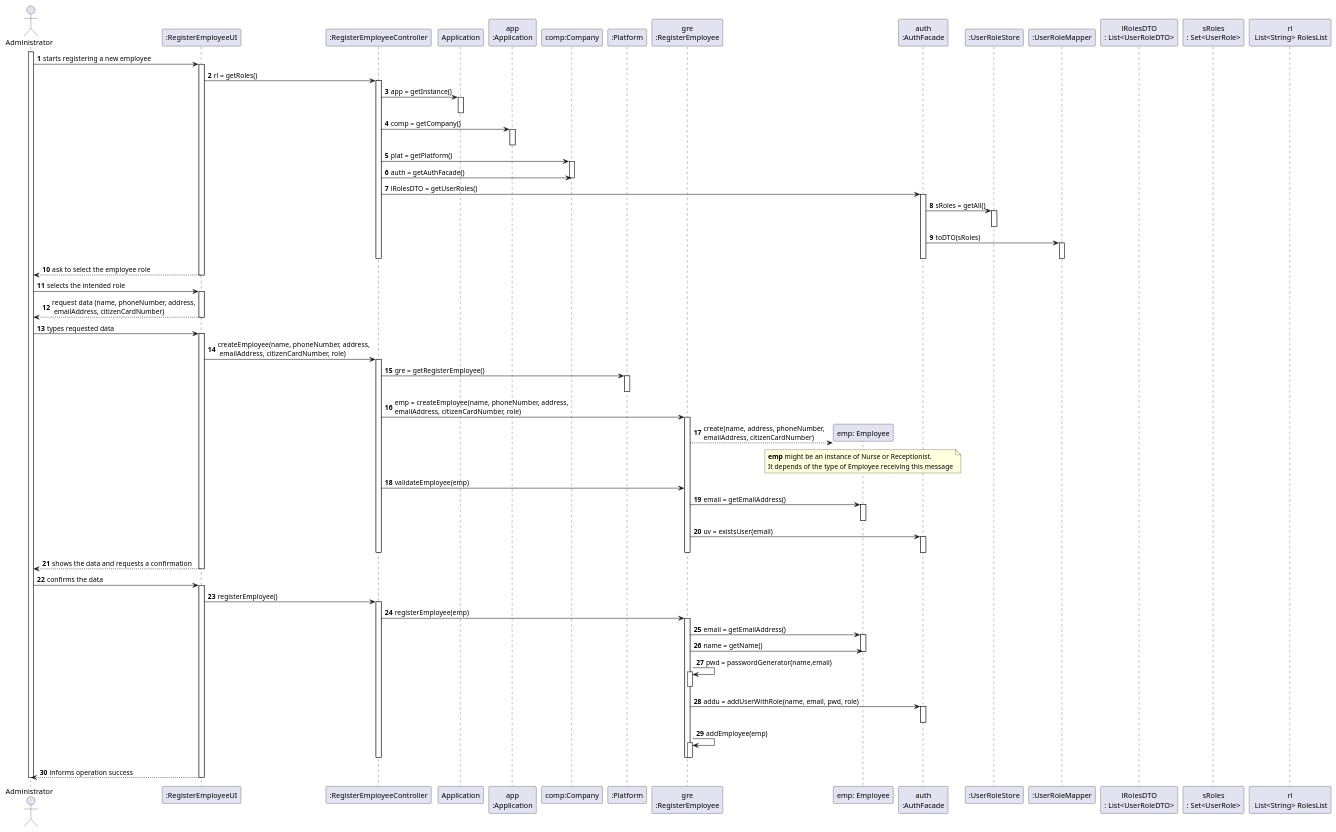
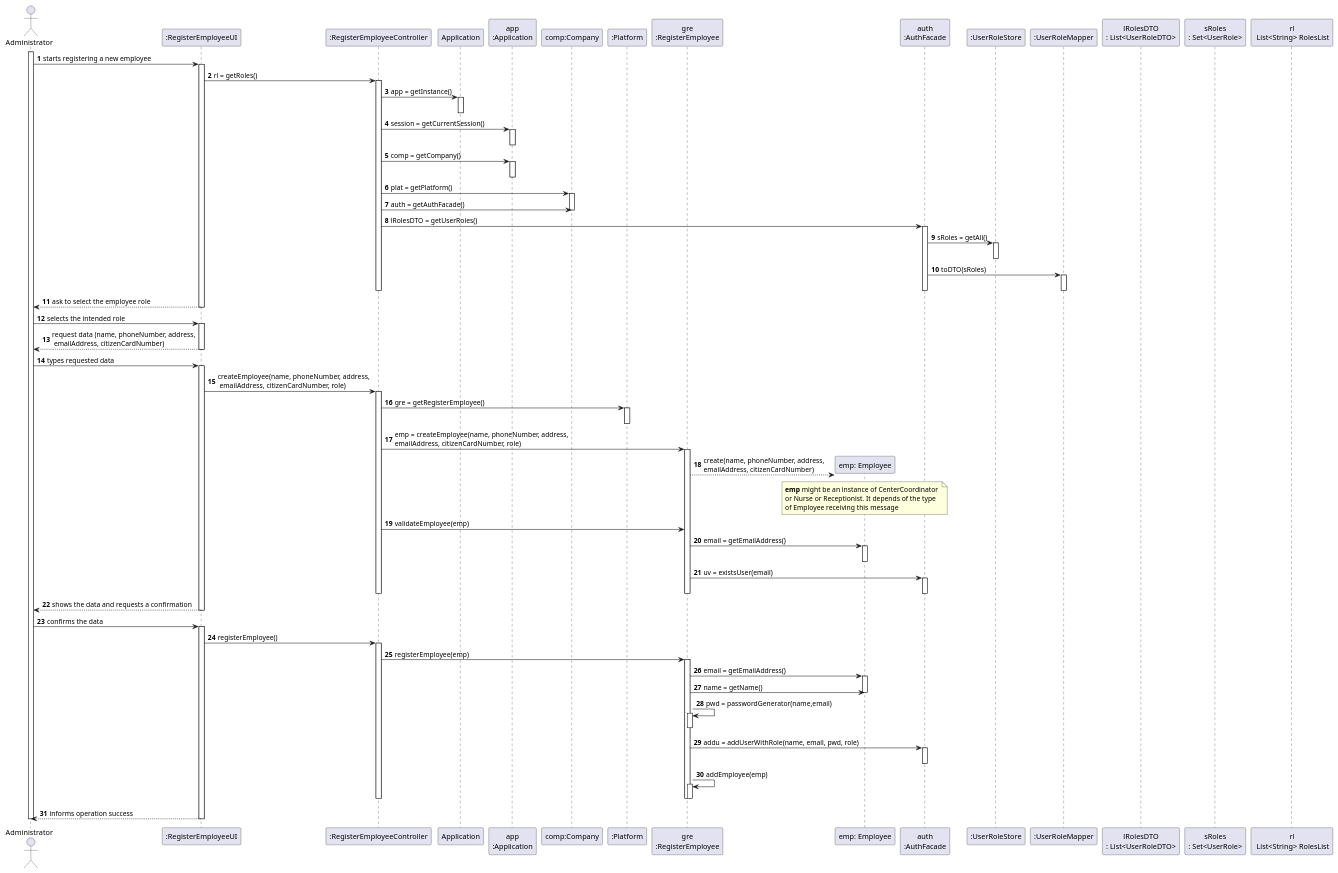
One commit to diogonapoles/isep-lapr2 changed the diagram in docs/SprintB/UserStories/US10/US010_SD.puml. Above: the diagram before and after it, drawn with PlantUML. The commit also changed 4 other files, not shown here.

```diff
--- a/docs/SprintB/UserStories/US10/US010_SD.puml
+++ b/docs/SprintB/UserStories/US10/US010_SD.puml
@@ -1,143 +1,148 @@
 @startuml
 autonumber
 actor "Administrator" as ADM
 
 
 participant ":RegisterEmployeeUI" as UI
 participant ":RegisterEmployeeController" as CTRL
 participant "Application" as APP
 participant "app\n:Application" as App
 participant "comp:Company" as COMP
 participant ":Platform" as PLAT
 participant "gre\n:RegisterEmployee" as RE
 participant "emp: Employee" as EMP
 participant "auth\n:AuthFacade" as AF
 participant ":UserRoleStore" as URS
 participant ":UserRoleMapper" as URM
 participant "lRolesDTO\n: List<UserRoleDTO>" as lRDTO
 participant "sRoles\n: Set<UserRole>" as SR
 participant "rl\n List<String> RolesList" as rl
 
 
 activate ADM
 
 ADM -> UI : starts registering a new employee
 activate UI
 
 UI -> CTRL : rl = getRoles()
 activate CTRL
 
 CTRL -> APP : app = getInstance()
 activate APP
 deactivate APP
 
+CTRL -> App: session = getCurrentSession()
+activate App
+deactivate App
+
 CTRL -> App : comp = getCompany()
 activate App
 deactivate App
+
 
 CTRL -> COMP : plat = getPlatform()
 activate COMP
 
 CTRL -> COMP: auth = getAuthFacade()
 deactivate COMP
 
 CTRL -> AF : lRolesDTO = getUserRoles()
 activate AF
 
 AF -> URS : sRoles = getAll()
 activate URS
 deactivate URS
 
 AF -> URM :  toDTO(sRoles)
 activate URM
 
 deactivate URM
 deactivate AF
 deactivate CTRL
 
 UI --> ADM : ask to select the employee role
 deactivate UI
 
 
 
 ADM -> UI : selects the intended role
 activate UI
 
 UI --> ADM : request data (name, phoneNumber, address,\n emailAddress, citizenCardNumber)
 deactivate UI
 
 
 
 
 ADM -> UI : types requested data
 activate UI
 
 UI -> CTRL :createEmployee(name, phoneNumber, address,\n emailAddress, citizenCardNumber, role)
 activate CTRL
 
 CTRL -> PLAT : gre = getRegisterEmployee()
 activate PLAT
 deactivate PLAT
 
 CTRL -> RE : emp = createEmployee(name, phoneNumber, address,\nemailAddress, citizenCardNumber, role)
 activate RE
 
-RE --> EMP** : create(name, address, phoneNumber,\nemailAddress, citizenCardNumber)
+RE --> EMP** : create(name, phoneNumber, address, \nemailAddress, citizenCardNumber)
 
-note over EMP : **emp** might be an instance of Nurse or Receptionist.\nIt depends of the type of Employee receiving this message
+note over EMP : **emp** might be an instance of CenterCoordinator \nor Nurse or Receptionist. It depends of the type \nof Employee receiving this message
 
 
 CTRL -> RE : validateEmployee(emp)
 
 RE -> EMP : email = getEmailAddress()
 activate EMP
 deactivate EMP
 
 RE -> AF : uv = existsUser(email)
 activate AF
 deactivate AF
 deactivate CTRL
 deactivate RE
 
 UI --> ADM : shows the data and requests a confirmation
 deactivate UI
 
 
 
 ADM -> UI : confirms the data
 activate UI
 
 UI -> CTRL : registerEmployee()
 activate CTRL
 
 CTRL -> RE: registerEmployee(emp)
 activate RE
 
 RE -> EMP : email = getEmailAddress()
 activate EMP
 
 RE -> EMP : name = getName()
 
 deactivate EMP
 
 RE -> RE : pwd = passwordGenerator(name,email)
 activate RE
 deactivate RE
 
 RE -> AF : addu = addUserWithRole(name, email, pwd, role)
 activate AF
 deactivate AF
 
 RE -> RE : addEmployee(emp)
 activate RE
 deactivate RE
 deactivate RE
 deactivate CTRL
 
 UI --> ADM : informs operation success
 deactivate UI
 
 
 deactivate ADM
 
 @enduml
```
